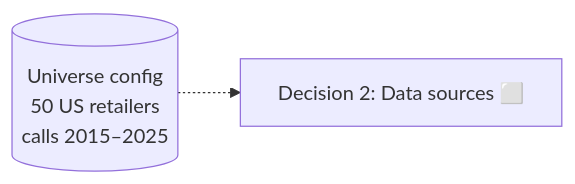
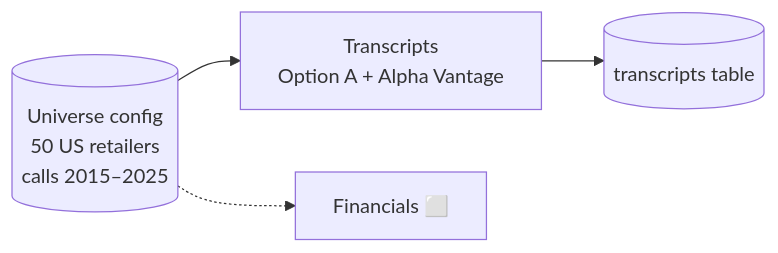
Before and after one commit to madBit10/spin-detector: the first of 3 diagrams in docs/DESIGN.md, drawn with Mermaid. The commit also changed other lines of this file and 2 other files, not shown here.

Commit message:
add alphavantage test, recorded results and docs: finalized design decision 2a

````diff
--- a/docs/DESIGN.md
+++ b/docs/DESIGN.md
@@ -27,4 +27,6 @@
 ```mermaid
 flowchart LR
-    U[(Universe config<br/>50 US retailers<br/>calls 2015–2025)] -.-> N[Decision 2: Data sources ⬜]
+    U[(Universe config<br/>50 US retailers<br/>calls 2015–2025)] --> TR[Transcripts<br/>Option A + Alpha Vantage]
+    TR --> TT[(transcripts table)]
+    U -.-> F[Financials ⬜]
 ```
````
